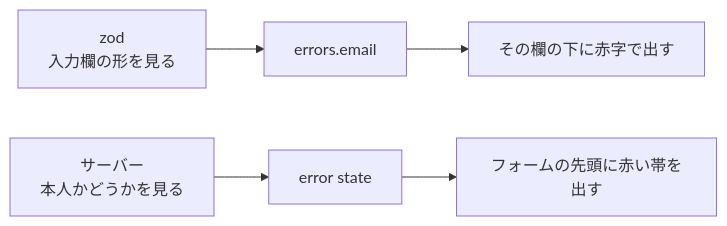
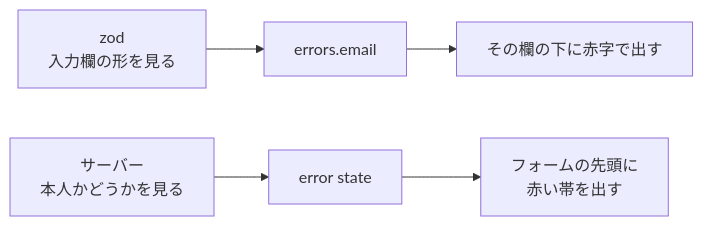
Before and after one commit to kouiso/task-app: the third of 3 diagrams in material/30days-curriculum/day05_ログイン画面のUI.md, drawn with Mermaid. The commit also changed other lines of this file and 24 other files, not shown here.

First line of the commit message:
fix(material): Mermaid 図のファイル名キャプションとノード途中折れを直す (#457) (#718)

````diff
--- a/material/30days-curriculum/day05_ログイン画面のUI.md
+++ b/material/30days-curriculum/day05_ログイン画面のUI.md
@@ -633,5 +633,5 @@
 ```mermaid
 flowchart LR
     Z["zod<br/>入力欄の形を見る"] --> ZE["errors.email"] --> ZV["その欄の下に赤字で出す"]
-    SV["サーバー<br/>本人かどうかを見る"] --> SE["error state"] --> SVV["フォームの先頭に赤い帯を出す"]
+    SV["サーバー<br/>本人かどうかを見る"] --> SE["error state"] --> SVV["フォームの先頭に<br/>赤い帯を出す"]
 ```
````
